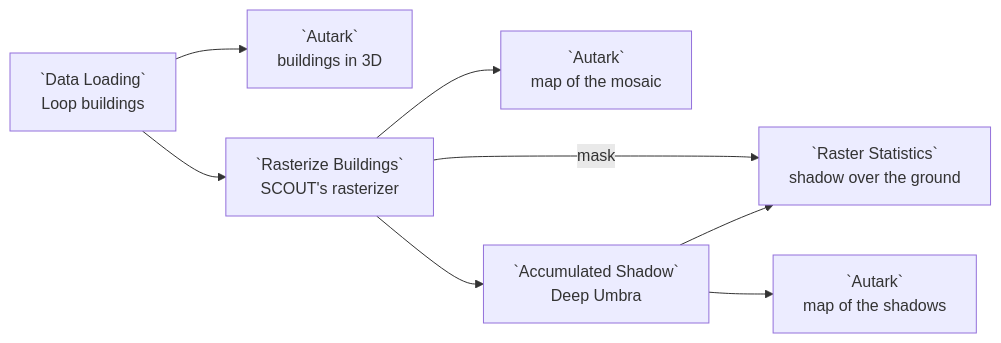
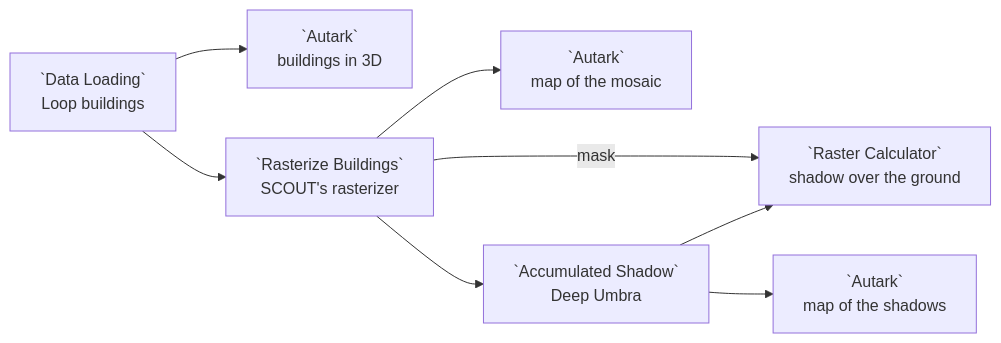
Before and after one commit to urban-toolkit/curio: the diagram in docs/examples/24-scout-building-rasters.md, drawn with Mermaid. The commit also changed other lines of this file and 30 other files, not shown here.

Commit message:
One Raster Calculator: statistics among its operations, Raster Statistics removed

````diff
--- a/docs/examples/24-scout-building-rasters.md
+++ b/docs/examples/24-scout-building-rasters.md
@@ -17,10 +17,10 @@
 ```mermaid
 flowchart LR
   L[`Data Loading`<br/>Loop buildings] --> F[`Autark`<br/>buildings in 3D]
   L --> R[`Rasterize Buildings`<br/>SCOUT's rasterizer]
   R --> M[`Autark`<br/>map of the mosaic]
   R --> D[`Accumulated Shadow`<br/>Deep Umbra]
-  D --> S[`Raster Statistics`<br/>shadow over the ground]
+  D --> S[`Raster Calculator`<br/>shadow over the ground]
   R -- mask --> S
   D --> A[`Autark`<br/>map of the shadows]
 ```
````
